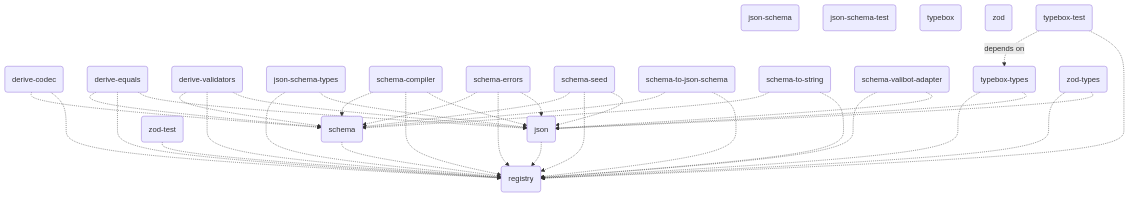
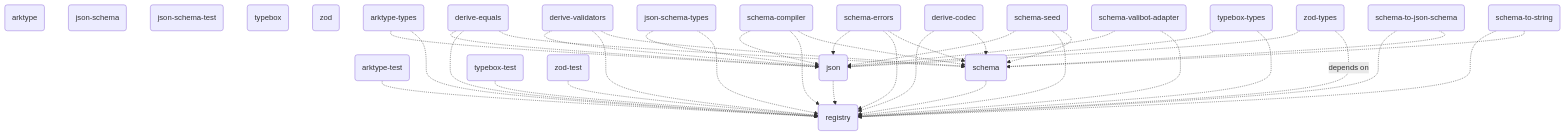
One commit to traversable/schema changed the diagram in README.md. Above: the diagram before and after it, drawn with Mermaid. The commit also changed 59 other files, not shown here.

Commit message:
init(arktype,arktype-test,arktype-types): initializes new packages

````diff
--- a/README.md
+++ b/README.md
@@ -497,42 +497,45 @@
 ```mermaid
 flowchart TD
+    arktype(arktype)
     json-schema(json-schema)
     json-schema-test(json-schema-test)
     registry(registry)
     typebox(typebox)
     zod(zod)
+    arktype-test(arktype-test) -.-> registry(registry)
     json(json) -.-> registry(registry)
     schema(schema) -.-> registry(registry)
+    typebox-test(typebox-test) -.-> registry(registry)
     zod-test(zod-test) -.-> registry(registry)
+    arktype-types(arktype-types) -.-> json(json)
+    arktype-types(arktype-types) -.-> registry(registry)
     derive-codec(derive-codec) -.-> registry(registry)
     derive-codec(derive-codec) -.-> schema(schema)
     derive-equals(derive-equals) -.-> json(json)
     derive-equals(derive-equals) -.-> registry(registry)
     derive-equals(derive-equals) -.-> schema(schema)
     derive-validators(derive-validators) -.-> json(json)
     derive-validators(derive-validators) -.-> registry(registry)
     derive-validators(derive-validators) -.-> schema(schema)
     json-schema-types(json-schema-types) -.-> json(json)
     json-schema-types(json-schema-types) -.-> registry(registry)
     schema-compiler(schema-compiler) -.-> json(json)
     schema-compiler(schema-compiler) -.-> registry(registry)
     schema-compiler(schema-compiler) -.-> schema(schema)
     schema-errors(schema-errors) -.-> json(json)
     schema-errors(schema-errors) -.-> registry(registry)
     schema-errors(schema-errors) -.-> schema(schema)
     schema-seed(schema-seed) -.-> json(json)
     schema-seed(schema-seed) -.-> registry(registry)
     schema-seed(schema-seed) -.-> schema(schema)
     schema-to-json-schema(schema-to-json-schema) -.-> registry(registry)
     schema-to-json-schema(schema-to-json-schema) -.-> schema(schema)
     schema-to-string(schema-to-string) -.-> registry(registry)
     schema-to-string(schema-to-string) -.-> schema(schema)
     schema-valibot-adapter(schema-valibot-adapter) -.-> json(json)
     schema-valibot-adapter(schema-valibot-adapter) -.-> registry(registry)
     typebox-types(typebox-types) -.-> json(json)
     typebox-types(typebox-types) -.-> registry(registry)
     zod-types(zod-types) -.-> json(json)
-    zod-types(zod-types) -.-> registry(registry)
-    typebox-test(typebox-test) -.-> registry(registry)
-    typebox-test(typebox-test) -.depends on.-> typebox-types(typebox-types)
+    zod-types(zod-types) -.depends on.-> registry(registry)
 ```
````
